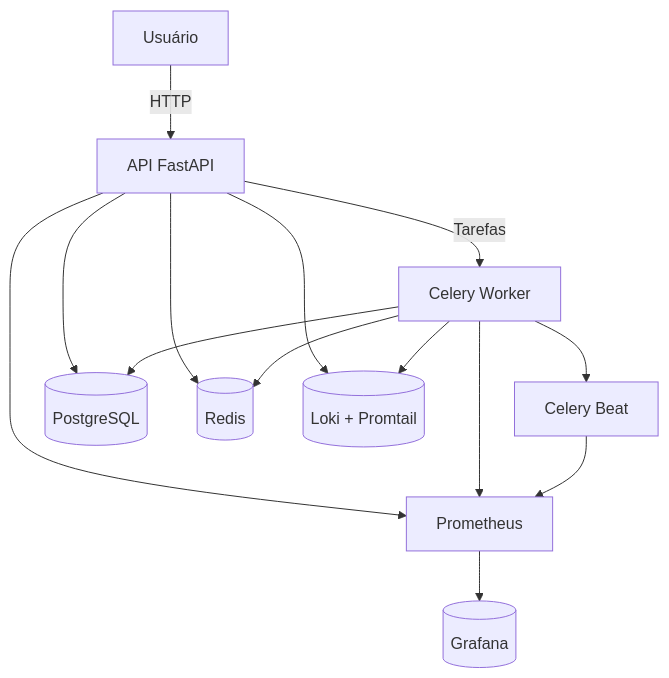
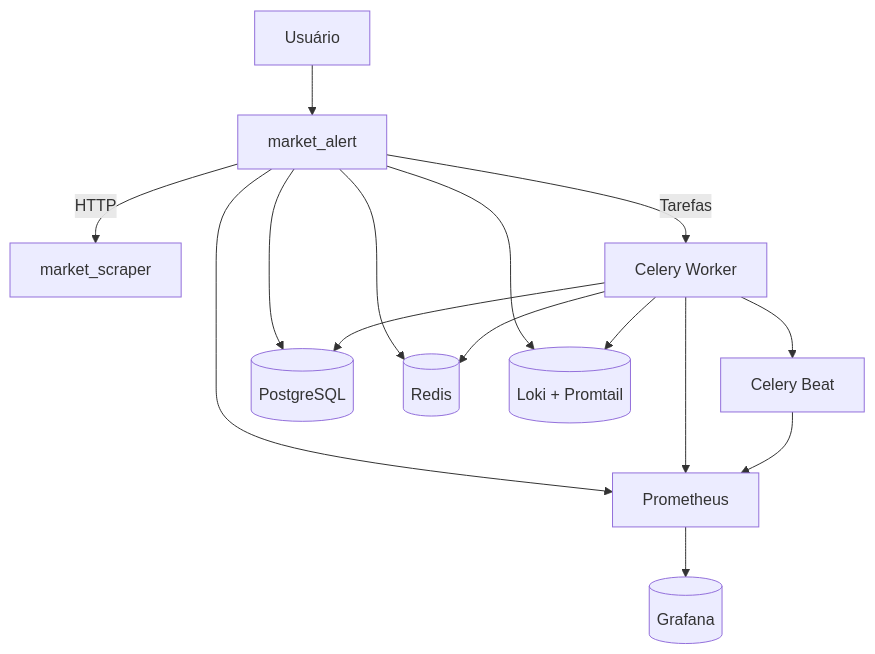
The diagram in README.md (LucasGS520/Market-Suite), drawn with Mermaid before and after one commit. The commit also changed other lines of this file and 1 other file, not shown here.

````diff
--- a/README.md
+++ b/README.md
@@ -7,16 +10,17 @@
 ```mermaid
 graph TD
-    User[Usuário] --> |HTTP| API[API FastAPI]
+    User[Usuário] --> API[market_alert]
+    API --> |HTTP| Scraper[market_scraper]
     API --> |Tarefas| Worker[Celery Worker]
     Worker --> Beat[Celery Beat]
-    API --> Postgres[(PostgreSQL)]
-    Worker --> Postgres
-    API --> Redis[(Redis)]
-    Worker --> Redis
+    API --> DB[(PostgreSQL)]
+    Worker --> DB
+    API --> Cache[(Redis)]
+    Worker --> Cache
     API --> Prometheus
     Worker --> Prometheus
     Beat --> Prometheus
     Prometheus --> Grafana[(Grafana)]
     API --> Loki[(Loki + Promtail)]
     Worker --> Loki
 ```
````
